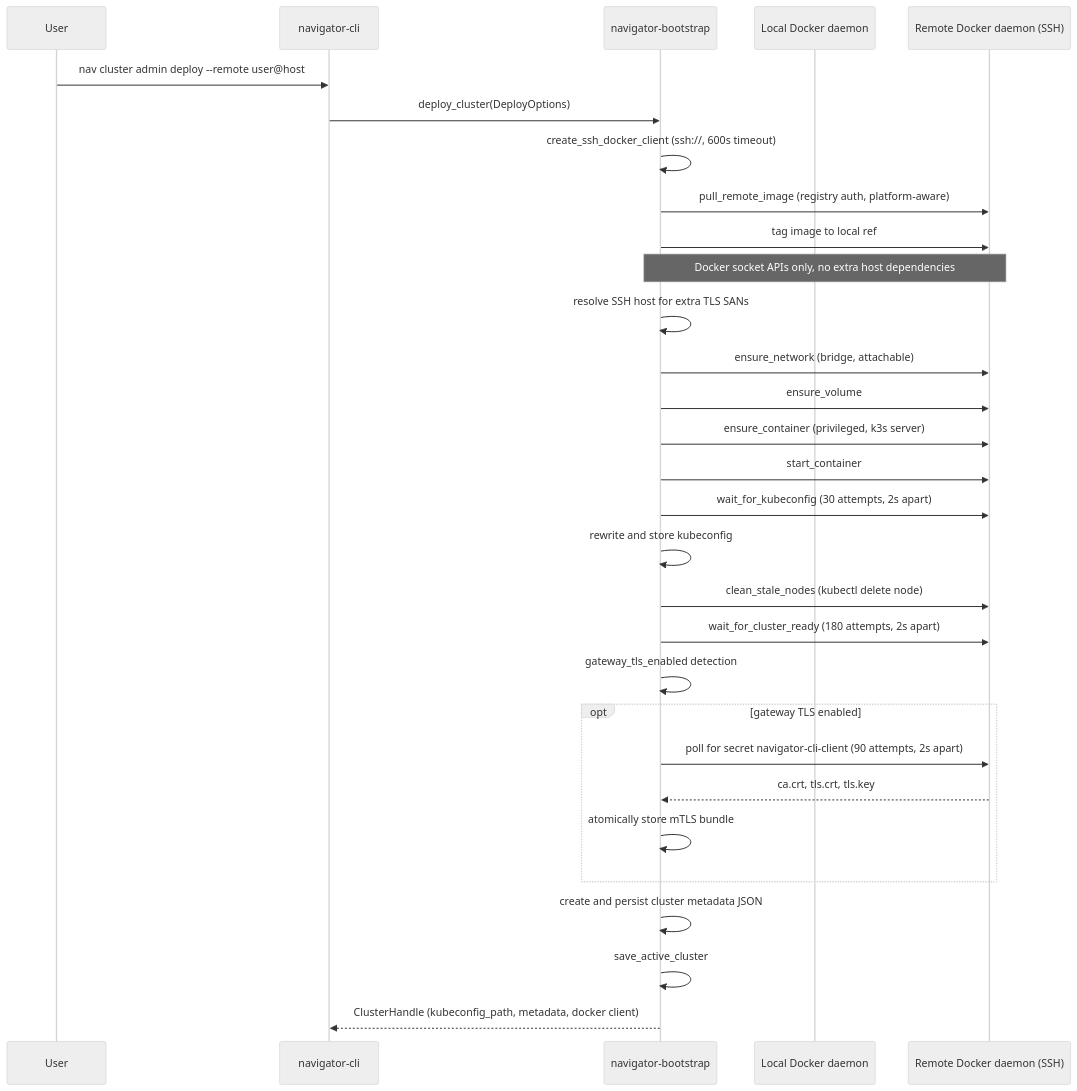
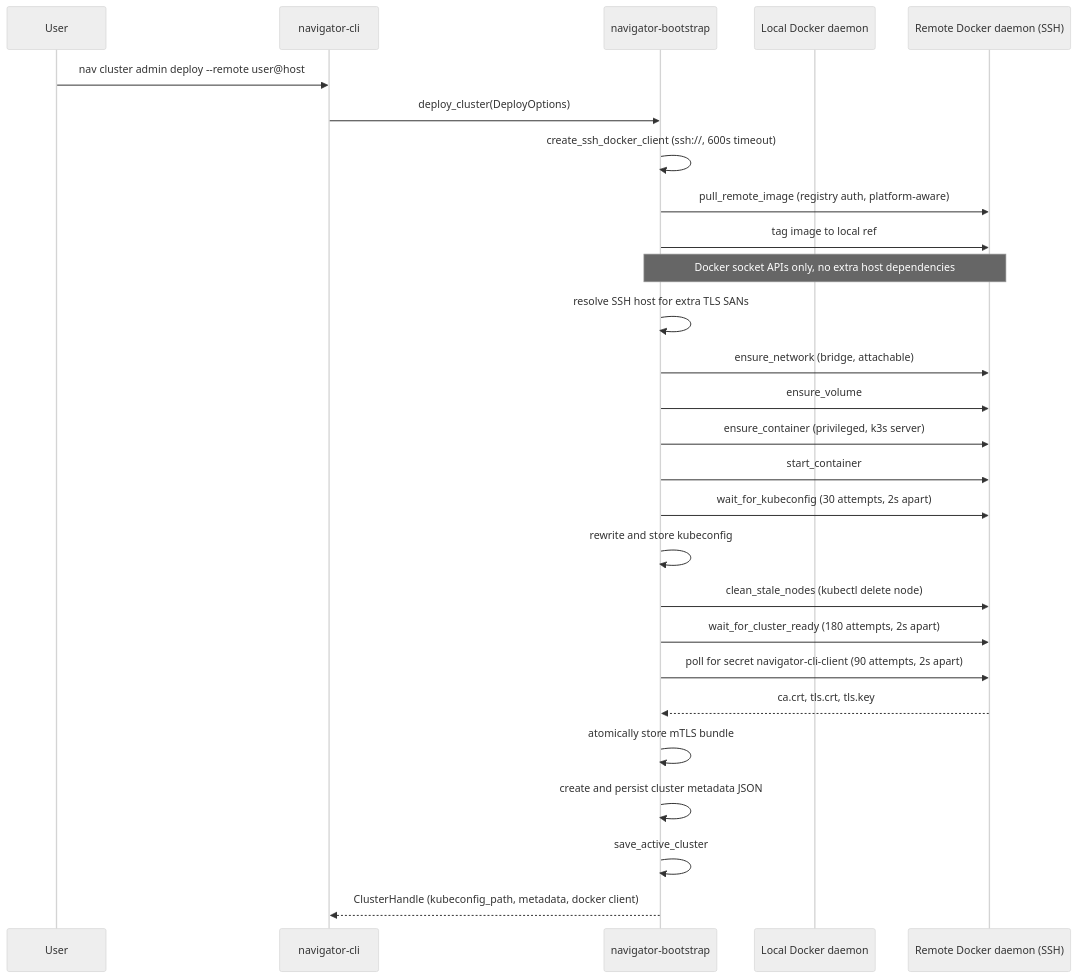
The first of 3 diagrams in architecture/cluster-single-node.md (NVIDIA/OpenShell), drawn with Mermaid (neutral theme) before and after one commit. The commit also changed other lines of this file and 58 other files, not shown here.

First line of the commit message:
feat(platform): cleanup api surface area and mtls flows (!39)

````diff
--- a/architecture/cluster-single-node.md
+++ b/architecture/cluster-single-node.md
@@ -59,36 +59,33 @@
 ```mermaid
 sequenceDiagram
   participant U as User
   participant C as navigator-cli
   participant B as navigator-bootstrap
   participant L as Local Docker daemon
   participant R as Remote Docker daemon (SSH)
 
   U->>C: nav cluster admin deploy --remote user@host
   C->>B: deploy_cluster(DeployOptions)
 
   B->>B: create_ssh_docker_client (ssh://, 600s timeout)
   B->>R: pull_remote_image (registry auth, platform-aware)
   B->>R: tag image to local ref
 
   Note over B,R: Docker socket APIs only, no extra host dependencies
 
   B->>B: resolve SSH host for extra TLS SANs
   B->>R: ensure_network (bridge, attachable)
   B->>R: ensure_volume
   B->>R: ensure_container (privileged, k3s server)
   B->>R: start_container
   B->>R: wait_for_kubeconfig (30 attempts, 2s apart)
   B->>B: rewrite and store kubeconfig
   B->>R: clean_stale_nodes (kubectl delete node)
   B->>R: wait_for_cluster_ready (180 attempts, 2s apart)
-  B->>B: gateway_tls_enabled detection
-  opt gateway TLS enabled
-    B->>R: poll for secret navigator-cli-client (90 attempts, 2s apart)
-    R-->>B: ca.crt, tls.crt, tls.key
-    B->>B: atomically store mTLS bundle
-  end
+  B->>R: poll for secret navigator-cli-client (90 attempts, 2s apart)
+  R-->>B: ca.crt, tls.crt, tls.key
+  B->>B: atomically store mTLS bundle
   B->>B: create and persist cluster metadata JSON
   B->>B: save_active_cluster
   B-->>C: ClusterHandle (kubeconfig_path, metadata, docker client)
 ```
````
